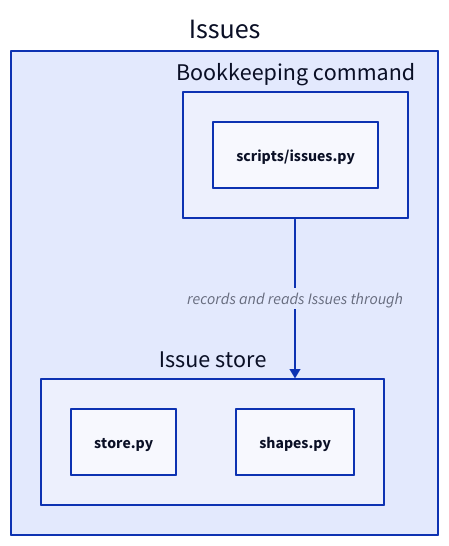
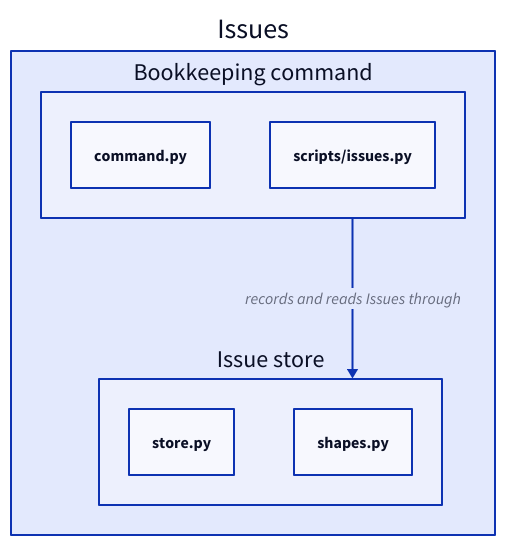
Before and after one commit to FTOD/concorde: the second of 4 diagrams in specs/concorde/issues/module.md, drawn with D2. The commit also changed other lines of this file and 43 other files, not shown here.

````diff
--- a/specs/concorde/issues/module.md
+++ b/specs/concorde/issues/module.md
@@ -67,12 +95,13 @@
 ```d2
 issues: Issues {
   store: Issue store {
     "store.py"
     "shapes.py"
   }
   command: Bookkeeping command {
+    "command.py"
     "scripts/issues.py"
   }
   command -> store: records and reads Issues through
 }
 ```
````
